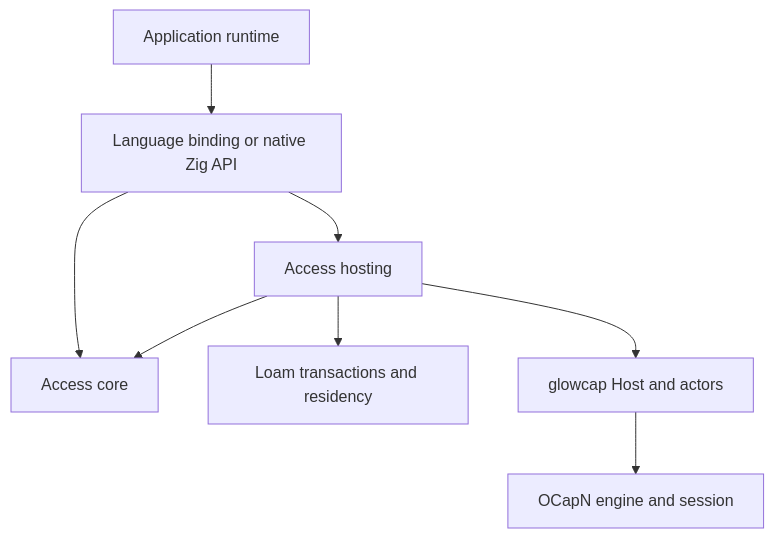
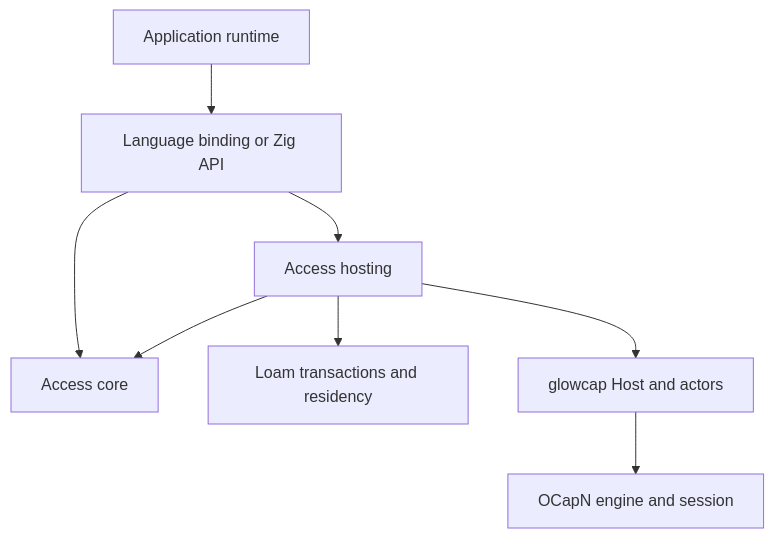
The second of 2 diagrams in docs/planning/loam/access/architecture.md (glowcap-org/glowcap), drawn with Mermaid before and after one commit. The commit also changed other lines of this file and 777 other files, not shown here.

````diff
--- a/docs/planning/loam/access/architecture.md
+++ b/docs/planning/loam/access/architecture.md
@@ -127,10 +131,10 @@
 ```mermaid
 flowchart TD
-    App[Application runtime] --> Binding[Language binding or native Zig API]
+    App[Application runtime] --> Binding[Language binding or Zig API]
     Binding --> Hosting[Access hosting]
     Binding --> Core[Access core]
     Hosting --> Core
     Hosting --> Store[Loam transactions and residency]
     Hosting --> Host[glowcap Host and actors]
     Host --> Protocol[OCapN engine and session]
 ```
````
